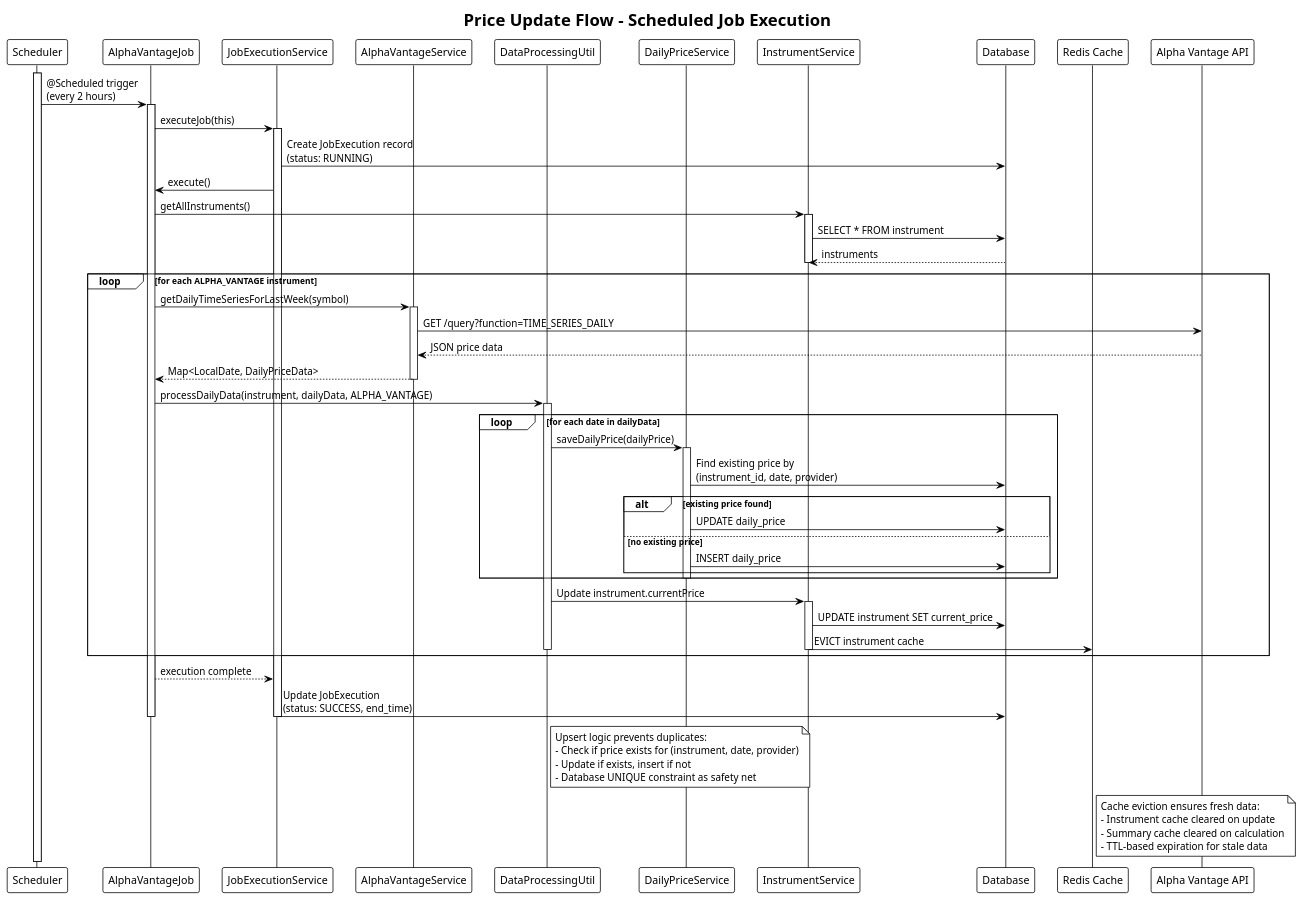
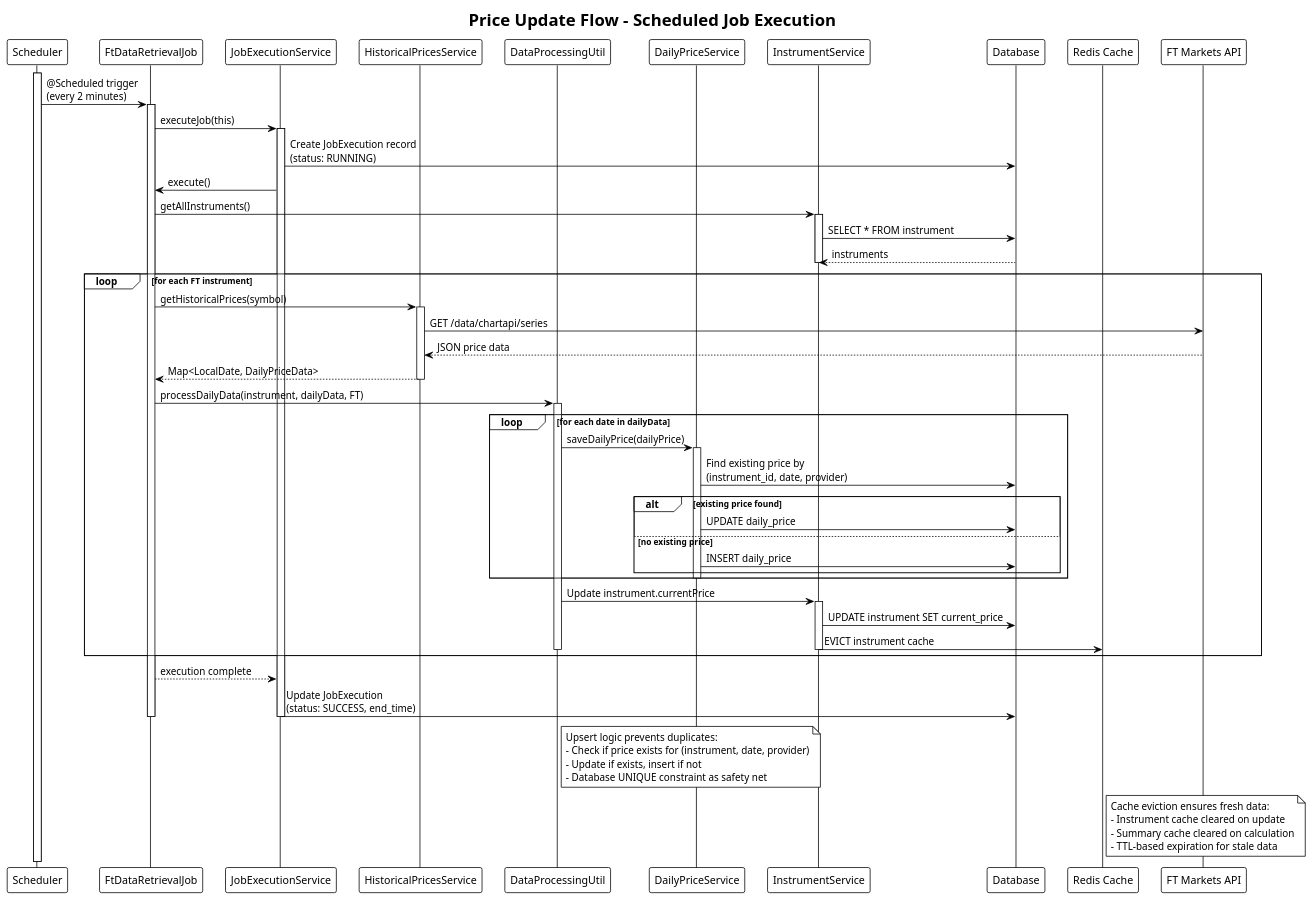
One commit to ktenman/portfolio changed the diagram in docs/architecture/price-update-sequence.puml. Above: the diagram before and after it, drawn with PlantUML. The commit also changed 64 other files, not shown here.

Commit message:
Remove Alpha Vantage references and update provider name to FT across the codebase

```diff
--- a/docs/architecture/price-update-sequence.puml
+++ b/docs/architecture/price-update-sequence.puml
@@ -1,84 +1,84 @@
 @startuml price-update-sequence
 !theme plain
 title Price Update Flow - Scheduled Job Execution
 
 participant "Scheduler" as scheduler
-participant "AlphaVantageJob" as job
+participant "FtDataRetrievalJob" as job
 participant "JobExecutionService" as job_svc
-participant "AlphaVantageService" as av_svc
+participant "HistoricalPricesService" as ft_svc
 participant "DataProcessingUtil" as processor
 participant "DailyPriceService" as price_svc
 participant "InstrumentService" as inst_svc
 participant "Database" as db
 participant "Redis Cache" as cache
-participant "Alpha Vantage API" as api
+participant "FT Markets API" as api
 
 activate scheduler
-scheduler -> job: @Scheduled trigger\n(every 2 hours)
+scheduler -> job: @Scheduled trigger\n(every 2 minutes)
 activate job
 
 job -> job_svc: executeJob(this)
 activate job_svc
 
 job_svc -> db: Create JobExecution record\n(status: RUNNING)
 job_svc -> job: execute()
 
 job -> inst_svc: getAllInstruments()
 activate inst_svc
 inst_svc -> db: SELECT * FROM instrument
 db --> inst_svc: instruments
 deactivate inst_svc
 
-loop for each ALPHA_VANTAGE instrument
-    job -> av_svc: getDailyTimeSeriesForLastWeek(symbol)
-    activate av_svc
-    av_svc -> api: GET /query?function=TIME_SERIES_DAILY
-    api --> av_svc: JSON price data
-    av_svc --> job: Map<LocalDate, DailyPriceData>
-    deactivate av_svc
+loop for each FT instrument
+    job -> ft_svc: getHistoricalPrices(symbol)
+    activate ft_svc
+    ft_svc -> api: GET /data/chartapi/series
+    api --> ft_svc: JSON price data
+    ft_svc --> job: Map<LocalDate, DailyPriceData>
+    deactivate ft_svc
 
-    job -> processor: processDailyData(instrument, dailyData, ALPHA_VANTAGE)
+    job -> processor: processDailyData(instrument, dailyData, FT)
     activate processor
 
     loop for each date in dailyData
         processor -> price_svc: saveDailyPrice(dailyPrice)
         activate price_svc
 
         price_svc -> db: Find existing price by\n(instrument_id, date, provider)
         alt existing price found
             price_svc -> db: UPDATE daily_price
         else no existing price
             price_svc -> db: INSERT daily_price
         end
         deactivate price_svc
     end
 
     processor -> inst_svc: Update instrument.currentPrice
     activate inst_svc
     inst_svc -> db: UPDATE instrument SET current_price
     inst_svc -> cache: EVICT instrument cache
     deactivate inst_svc
 
     deactivate processor
 end
 
 job --> job_svc: execution complete
 job_svc -> db: Update JobExecution\n(status: SUCCESS, end_time)
 deactivate job_svc
 deactivate job
 
 note right of processor
   Upsert logic prevents duplicates:
   - Check if price exists for (instrument, date, provider)
   - Update if exists, insert if not
   - Database UNIQUE constraint as safety net
 end note
 
 note right of cache
   Cache eviction ensures fresh data:
   - Instrument cache cleared on update
   - Summary cache cleared on calculation
   - TTL-based expiration for stale data
 end note
 
 @enduml
```
